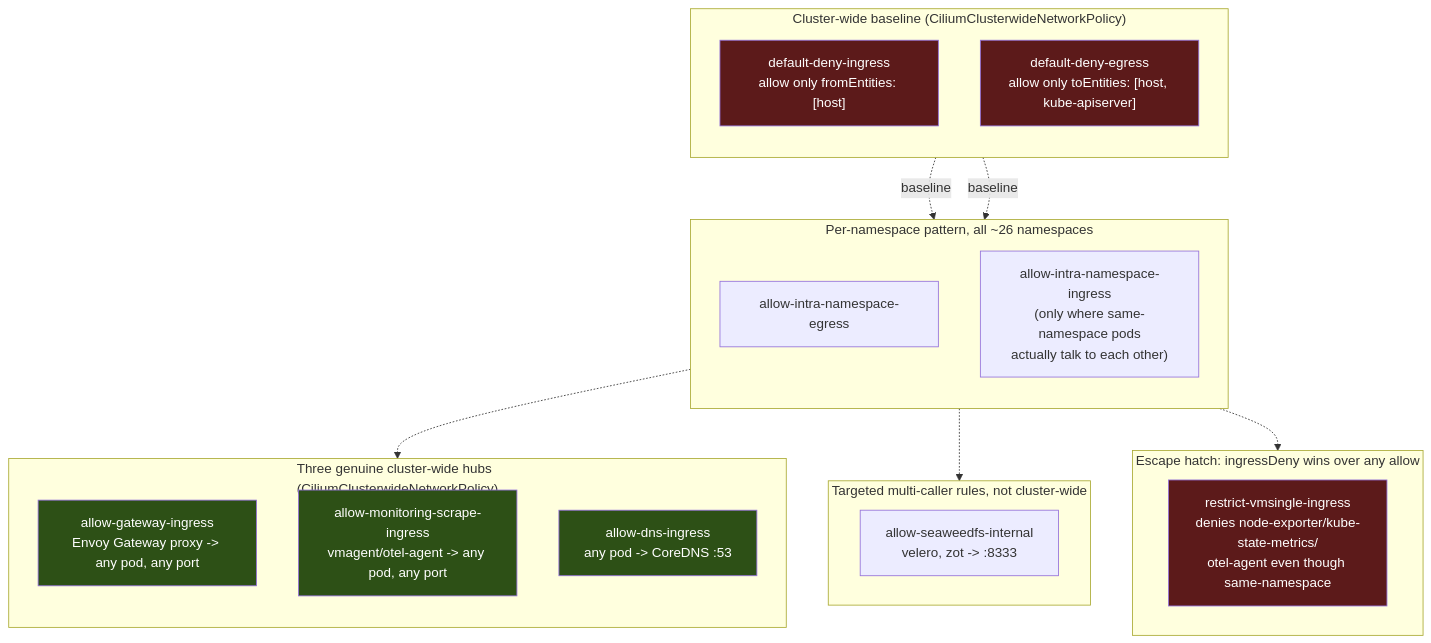
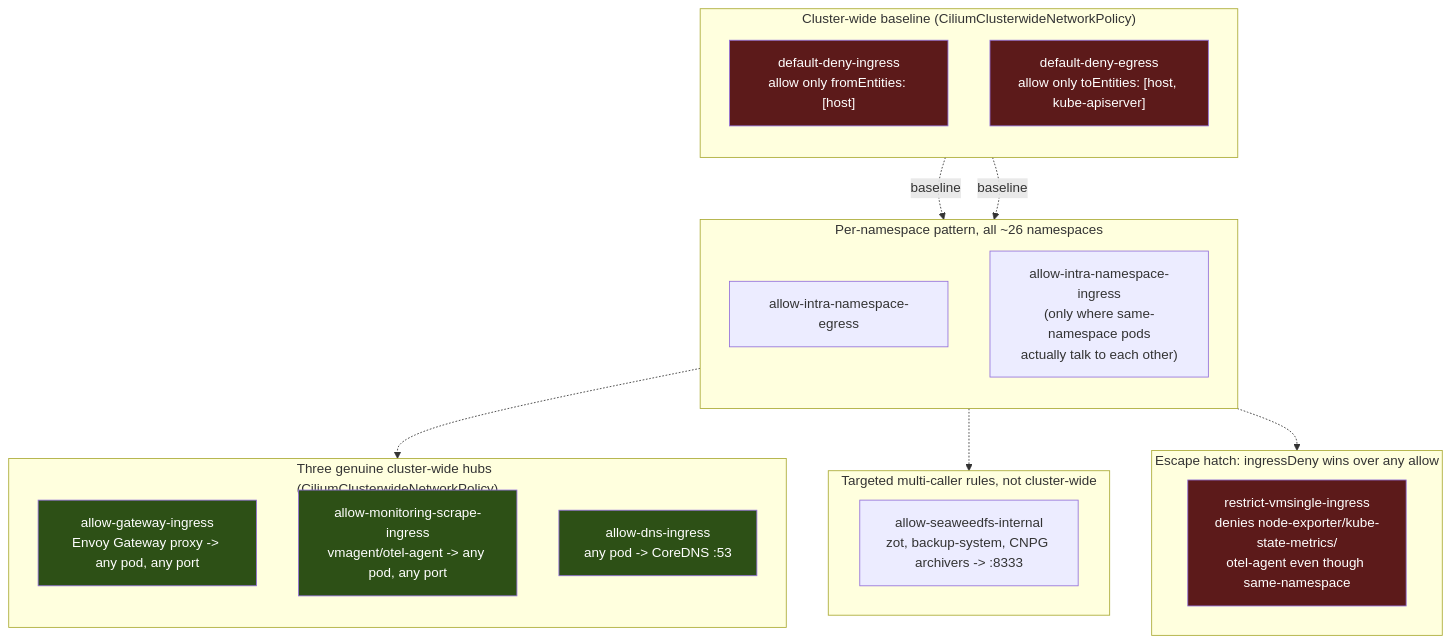
The third of 4 diagrams in docs/network-architecture.md (bibAtWork/Edge_GitOps), drawn with Mermaid before and after one commit. The commit also changed other lines of this file and 10 other files, not shown here.

````diff
--- a/docs/network-architecture.md
+++ b/docs/network-architecture.md
@@ -140,42 +140,42 @@
 ```mermaid
 flowchart TB
     subgraph baseline["Cluster-wide baseline (CiliumClusterwideNetworkPolicy)"]
         direction TB
         deny_ing["default-deny-ingress\nallow only fromEntities: [host]"]
         deny_eg["default-deny-egress\nallow only toEntities: [host, kube-apiserver]"]
     end
 
     subgraph pattern["Per-namespace pattern, all ~26 namespaces"]
         direction TB
         intra_eg["allow-intra-namespace-egress"]
         intra_ing["allow-intra-namespace-ingress\n(only where same-namespace pods\nactually talk to each other)"]
     end
 
     subgraph hubs["Three genuine cluster-wide hubs\n(CiliumClusterwideNetworkPolicy)"]
         direction TB
         gw["allow-gateway-ingress\nEnvoy Gateway proxy -> any pod, any port"]
         mon["allow-monitoring-scrape-ingress\nvmagent/otel-agent -> any pod, any port"]
         dns["allow-dns-ingress\nany pod -> CoreDNS :53"]
     end
 
     subgraph targeted["Targeted multi-caller rules, not cluster-wide"]
-        sw["allow-seaweedfs-internal\nvelero, zot -> :8333"]
+        sw["allow-seaweedfs-internal\nzot, backup-system, CNPG archivers -> :8333"]
     end
 
     subgraph escape["Escape hatch: ingressDeny wins over any allow"]
         vm["restrict-vmsingle-ingress\ndenies node-exporter/kube-state-metrics/\notel-agent even though same-namespace"]
     end
 
     deny_ing -.->|baseline| pattern
     deny_eg -.->|baseline| pattern
     pattern -.-> hubs
     pattern -.-> targeted
     pattern -.-> escape
 
     style deny_ing fill:#5c1a1a,color:#fff
     style deny_eg fill:#5c1a1a,color:#fff
     style gw fill:#2d5016,color:#fff
     style mon fill:#2d5016,color:#fff
     style dns fill:#2d5016,color:#fff
     style vm fill:#5c1a1a,color:#fff
 ```
````
